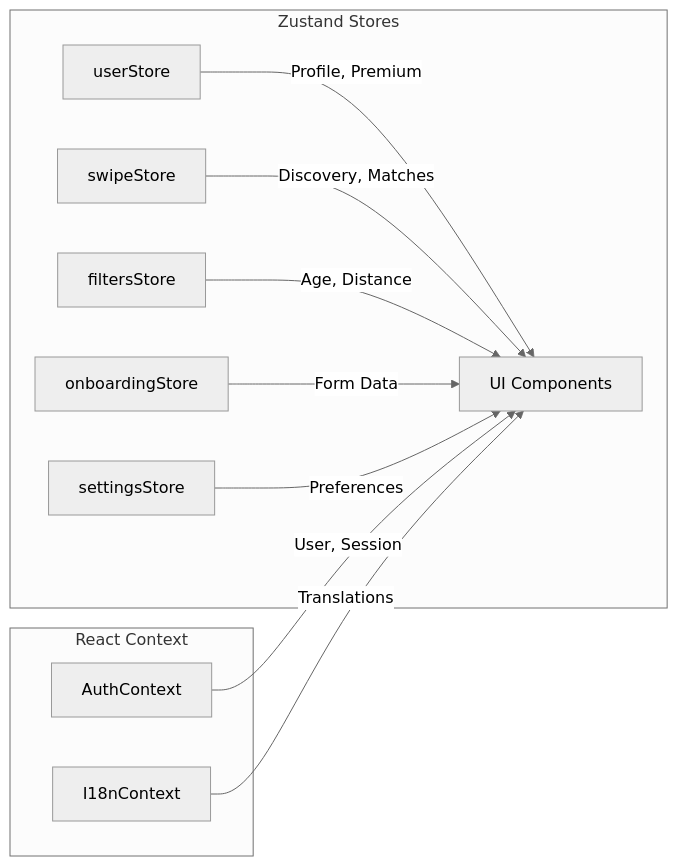
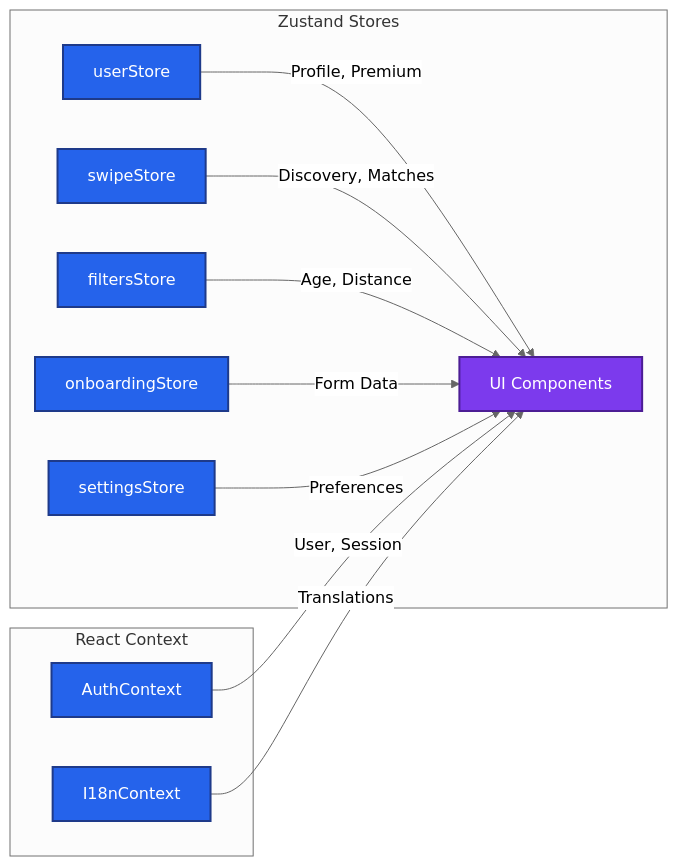
Before and after one commit to Adam-Blf/Echo: the third of 10 diagrams in docs/ARCHITECTURE.md, drawn with Mermaid (neutral theme). The commit also changed other lines of this file and 2 other files, not shown here.

First line of the commit message:
docs: add colors to mermaid diagrams (#9)

````diff
--- a/docs/ARCHITECTURE.md
+++ b/docs/ARCHITECTURE.md
@@ -80,17 +102,22 @@
 ```mermaid
 graph LR
     subgraph "Zustand Stores"
         A[userStore] --> |Profile, Premium| UI
         B[swipeStore] --> |Discovery, Matches| UI
         C[filtersStore] --> |Age, Distance| UI
         D[onboardingStore] --> |Form Data| UI
         E[settingsStore] --> |Preferences| UI
     end
 
     subgraph "React Context"
         F[AuthContext] --> |User, Session| UI
         G[I18nContext] --> |Translations| UI
     end
 
     UI[UI Components]
+
+    classDef c0 fill:#2563eb,stroke:#1e3a8a,stroke-width:2px,color:#ffffff
+    classDef c1 fill:#7c3aed,stroke:#4c1d95,stroke-width:2px,color:#ffffff
+    class A,B,C,D,E,F,G c0
+    class UI c1
 ```
````
